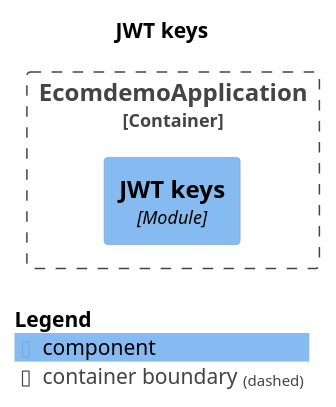
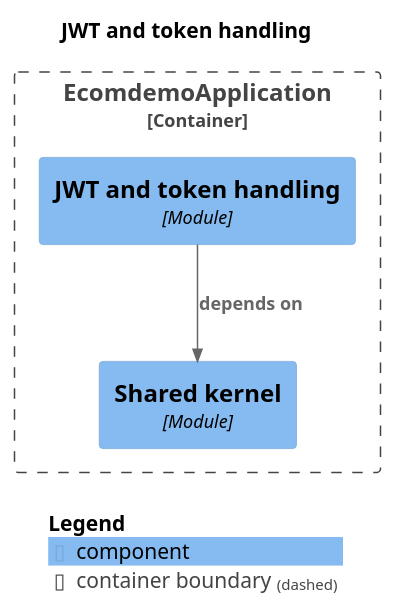
The diagram in docs/modules/module-jwt.puml (mr-sujay-patil/ecomdemo), drawn with PlantUML before and after one commit. The commit also changed 96 other files, not shown here.

```diff
--- a/docs/modules/module-jwt.puml
+++ b/docs/modules/module-jwt.puml
@@ -1,17 +1,19 @@
 @startuml
 set separator none
-title JWT keys
+title JWT and token handling
 
 top to bottom direction
 
 !include <C4/C4>
 !include <C4/C4_Context>
 !include <C4/C4_Component>
 
 Container_Boundary("EcomdemoApplication.EcomdemoApplication_boundary", "EcomdemoApplication", $tags="") {
-  Component(EcomdemoApplication.EcomdemoApplication.JWTkeys, "JWT keys", $techn="Module", $descr="", $tags="", $link="")
+  Component(EcomdemoApplication.EcomdemoApplication.Sharedkernel, "Shared kernel", $techn="Module", $descr="", $tags="", $link="")
+  Component(EcomdemoApplication.EcomdemoApplication.JWTandtokenhandling, "JWT and token handling", $techn="Module", $descr="", $tags="", $link="")
 }
 
+Rel(EcomdemoApplication.EcomdemoApplication.JWTandtokenhandling, EcomdemoApplication.EcomdemoApplication.Sharedkernel, "depends on", $techn="", $tags="", $link="")
 
 SHOW_LEGEND(true)
 @enduml
```
